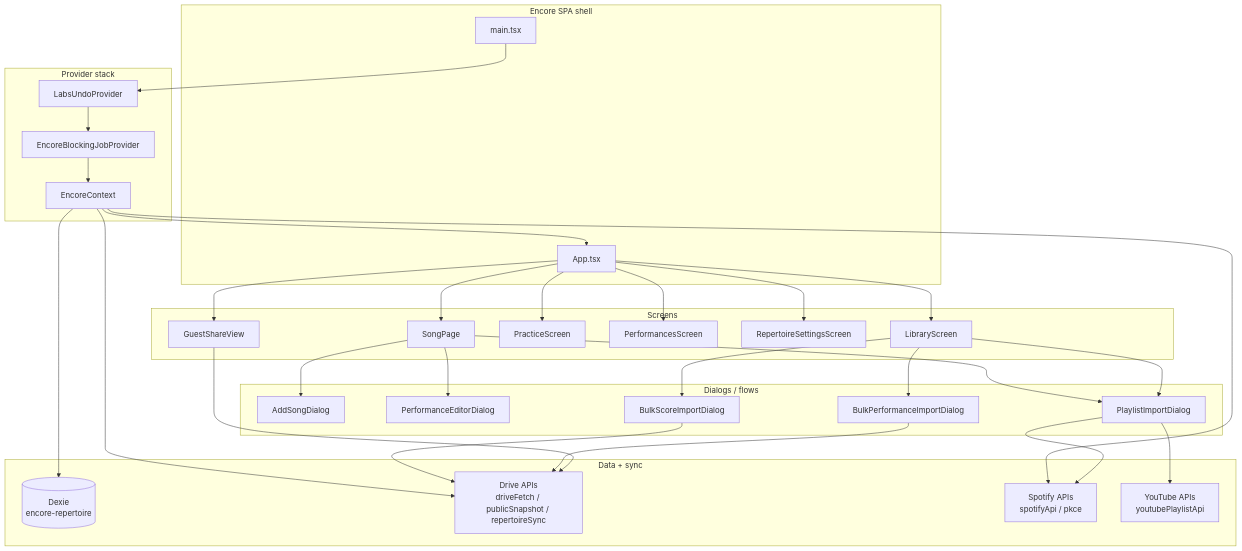
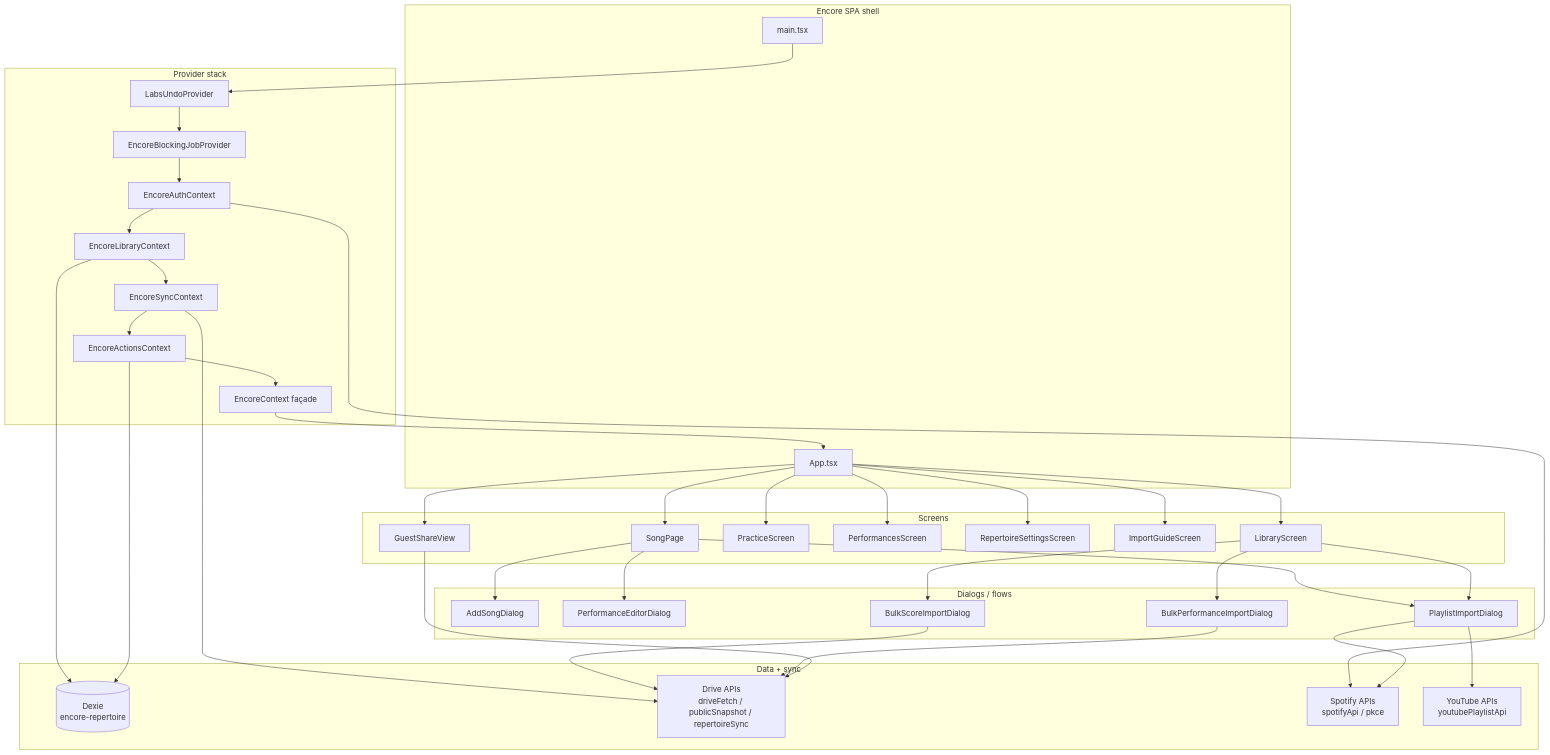
Before and after one commit to tiffz/labs: the first of 2 diagrams in src/encore/ARCHITECTURE.md, drawn with Mermaid. The commit also changed other lines of this file and 105 other files, not shown here.

````diff
--- a/src/encore/ARCHITECTURE.md
+++ b/src/encore/ARCHITECTURE.md
@@ -7,50 +7,56 @@
 ```mermaid
 flowchart TB
   subgraph App[Encore SPA shell]
     main[main.tsx]
     appRoot[App.tsx]
   end
 
   subgraph Providers[Provider stack]
     undo[LabsUndoProvider]
     blocking[EncoreBlockingJobProvider]
-    encoreCtx[EncoreContext]
+    auth[EncoreAuthContext]
+    library[EncoreLibraryContext]
+    sync[EncoreSyncContext]
+    actions[EncoreActionsContext]
+    encoreCtx[EncoreContext façade]
   end
 
   subgraph Screens[Screens]
-    library[LibraryScreen]
+    libraryScreen[LibraryScreen]
     songPage[SongPage]
     practice[PracticeScreen]
     perf[PerformancesScreen]
     repSettings[RepertoireSettingsScreen]
+    importGuide[ImportGuideScreen]
     guest[GuestShareView]
   end
 
   subgraph Dialogs[Dialogs / flows]
     addSong[AddSongDialog]
     perfEditor[PerformanceEditorDialog]
     bulkScore[BulkScoreImportDialog]
     bulkPerf[BulkPerformanceImportDialog]
     playlistImport[PlaylistImportDialog]
   end
 
   subgraph Data[Data + sync]
     db[(Dexie<br/>encore-repertoire)]
     drive[Drive APIs<br/>driveFetch / publicSnapshot / repertoireSync]
     spotify[Spotify APIs<br/>spotifyApi / pkce]
     youtube[YouTube APIs<br/>youtubePlaylistApi]
   end
 
-  main --> undo --> blocking --> encoreCtx --> appRoot
-  appRoot --> library & songPage & practice & perf & repSettings & guest
+  main --> undo --> blocking --> auth --> library --> sync --> actions --> encoreCtx --> appRoot
+  appRoot --> libraryScreen & songPage & practice & perf & repSettings & importGuide & guest
   songPage --> addSong & perfEditor & playlistImport
-  library --> bulkScore & bulkPerf & playlistImport
-  encoreCtx --> db
-  encoreCtx --> drive
-  encoreCtx --> spotify
+  libraryScreen --> bulkScore & bulkPerf & playlistImport
+  library --> db
+  sync --> drive
+  actions --> db
+  auth --> spotify
   playlistImport --> spotify
   playlistImport --> youtube
   bulkScore --> drive
   bulkPerf --> drive
   guest --> drive
 ```
````
